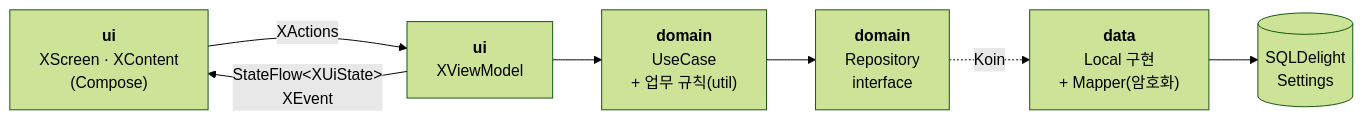
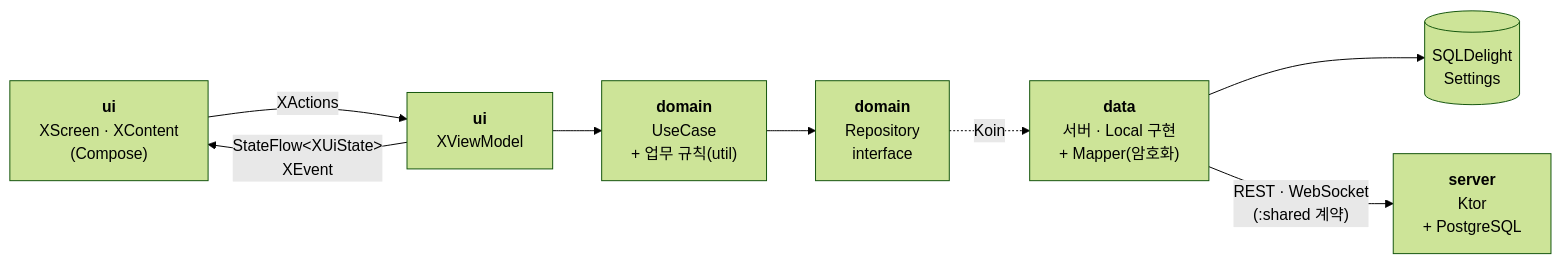
Before and after one commit to EunilSung/Securities_ODS_Mobile: the diagram in README.md, drawn with Mermaid (forest theme). The commit also changed other lines of this file and 38 other files, not shown here.

````diff
--- a/README.md
+++ b/README.md
@@ -46,9 +55,10 @@
 ```mermaid
 flowchart LR
     A["<b>ui</b><br/>XScreen · XContent<br/>(Compose)"] -- "XActions" --> B["<b>ui</b><br/>XViewModel"]
     B -- "StateFlow&lt;XUiState&gt;<br/>XEvent" --> A
     B --> C["<b>domain</b><br/>UseCase<br/>+ 업무 규칙(util)"]
     C --> D["<b>domain</b><br/>Repository<br/>interface"]
-    D -. "Koin" .-> E["<b>data</b><br/>Local 구현<br/>+ Mapper(암호화)"]
+    D -. "Koin" .-> E["<b>data</b><br/>서버 · Local 구현<br/>+ Mapper(암호화)"]
     E --> F[("SQLDelight<br/>Settings")]
+    E -- "REST · WebSocket<br/>(:shared 계약)" --> G["<b>server</b><br/>Ktor<br/>+ PostgreSQL"]
 ```
````
